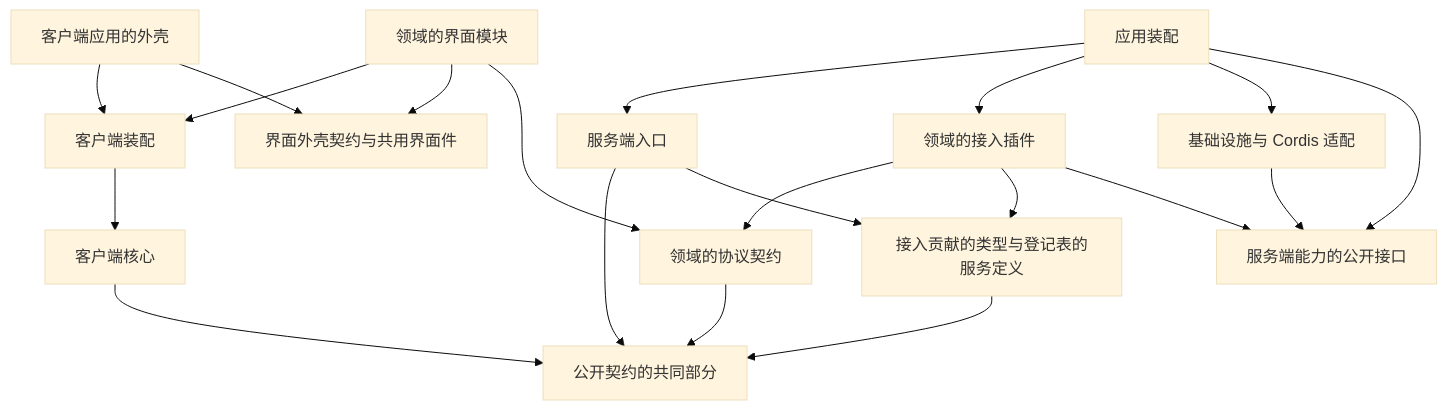
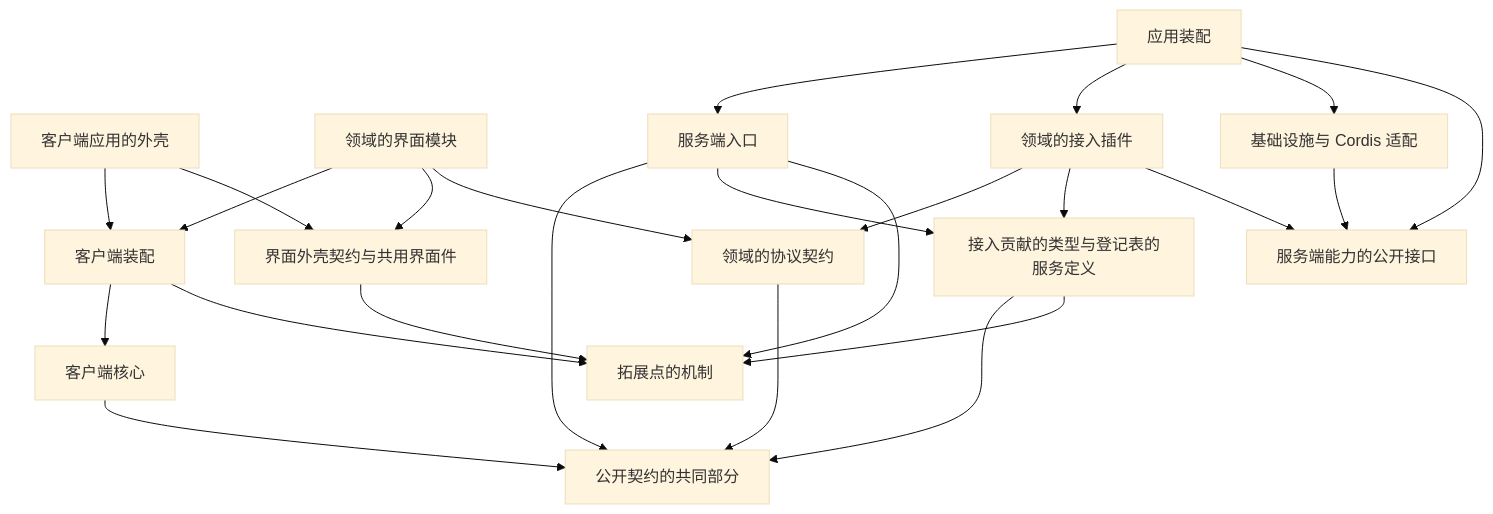
Before and after one commit to nemori-ai/omne-harness-lite: the diagram in docs/architecture/layers-and-dependencies.md, drawn with Mermaid (base theme). The commit also changed other lines of this file and 2 other files, not shown here.

Commit message:
feat(repo-config): 依赖方向规则认 Dynamis 为拓展点的机制，版本 0.0.8（#1485）
四条规则的放行名单各加 packages/dynamis：frontend-knows-no-domain（外壳契约的存放
换成登记表）、entry-registry-knows-no-domain 与
access-cordis-contract-only-contract-and-cordis（服务端的协议登记表迁上来）、
client-side-only-core-contract-and-cordis（客户端装配解析引用）。界面模块那一条不
放行：它们经外壳契约用。

新增 mechanism-knows-no-domain：packages/dynamis 只依赖本组与共用纯定义，不导入
Node 内建模块。放行它的四处因此不会经它带进领域或服务端的依赖。

分层正文的依赖图加一个框「拓展点的机制」与四条允许的边，约束表加一行。检查跑的
仍是钉住的 0.0.7；发行与改钉子另走。

Harness: claude-code
Agent-Role: main

````diff
--- a/docs/architecture/layers-and-dependencies.md
+++ b/docs/architecture/layers-and-dependencies.md
@@ -31,22 +31,26 @@
 ```mermaid
 flowchart TB
   App[客户端应用的外壳] --> ClientAssembly[客户端装配]
   App --> Frontend[界面外壳契约与共用界面件]
   Module[领域的界面模块] --> ClientAssembly
   Module --> Frontend
   Module --> Protocol[领域的协议契约]
   ClientAssembly --> ClientCore[客户端核心]
   ClientCore --> Common[公开契约的共同部分]
   Protocol --> Common
   Entry[服务端入口] --> Common
   Entry --> Contribution[接入贡献的类型与登记表的服务定义]
   Contribution --> Common
   Plugin[领域的接入插件] --> Protocol
   Plugin --> Contribution
   Plugin --> Core[服务端能力的公开接口]
   Adapter[基础设施与 Cordis 适配] --> Core
   Assembly[应用装配] --> Entry
   Assembly --> Plugin
   Assembly --> Adapter
   Assembly --> Core
+  Frontend --> Mechanism[拓展点的机制]
+  ClientAssembly --> Mechanism
+  Entry --> Mechanism
+  Contribution --> Mechanism
 ```
````
